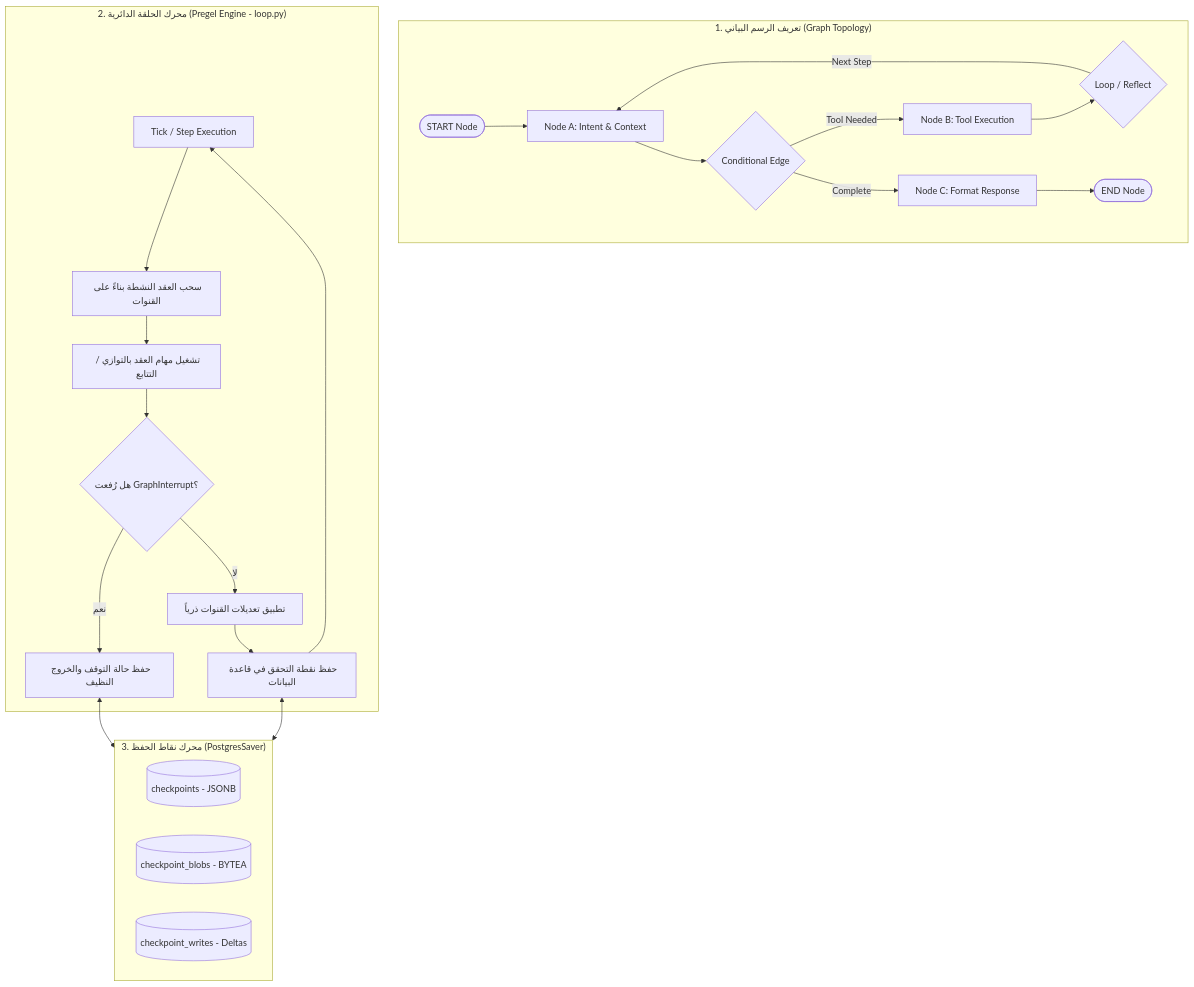
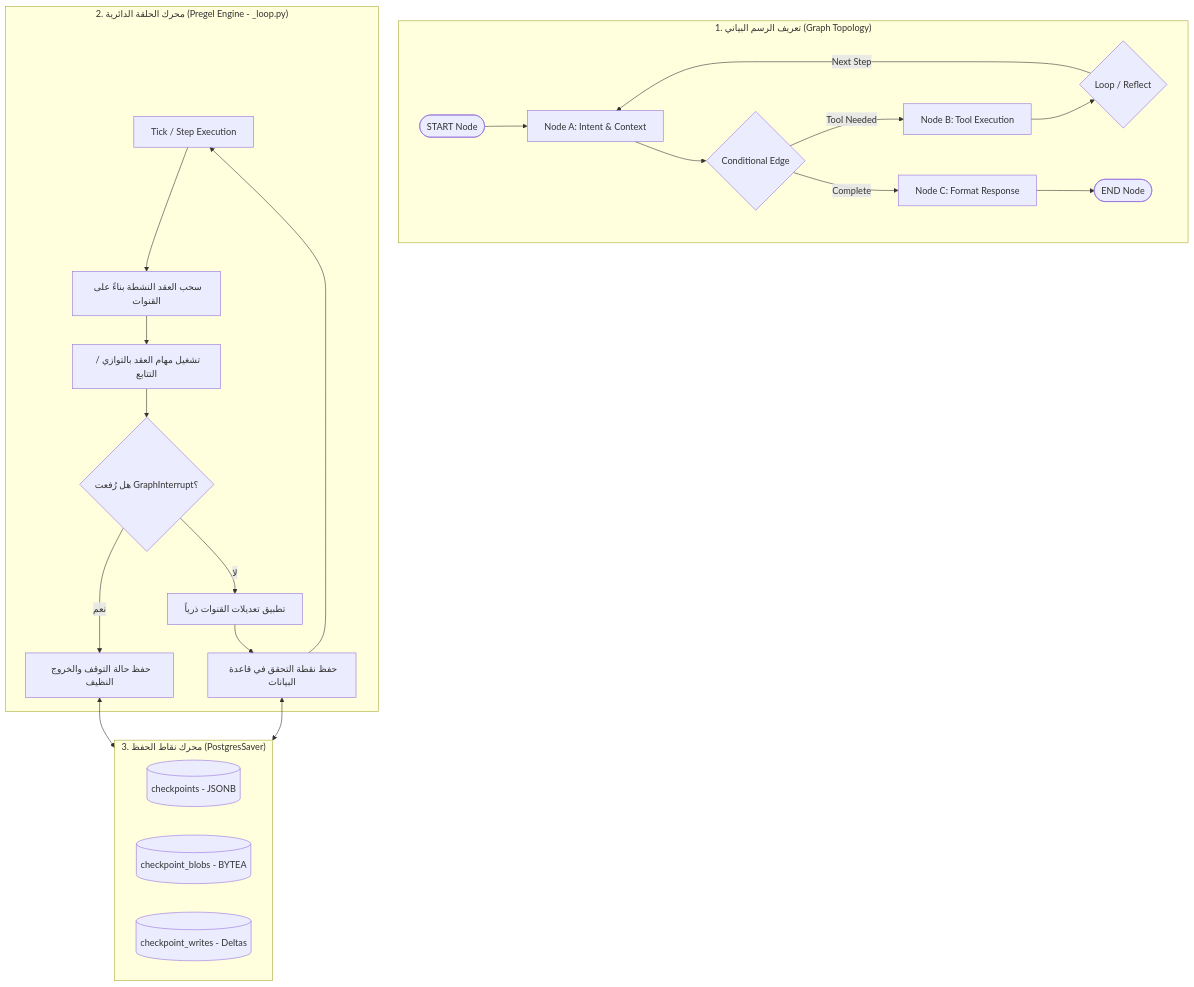
Before and after one commit to QQYC9/ai-employee-platform: the diagram in docs/architecture-research/02_LANGGRAPH_DEEP_DIVE.md, drawn with Mermaid. The commit also changed other lines of this file and 3 other files, not shown here.

Commit message:
docs(research): independent acceptance review and precision corrections across reference architectures

````diff
--- a/docs/architecture-research/02_LANGGRAPH_DEEP_DIVE.md
+++ b/docs/architecture-research/02_LANGGRAPH_DEEP_DIVE.md
@@ -32,31 +32,31 @@
 ```mermaid
 graph TD
     subgraph GraphDefinition ["1. تعريف الرسم البياني (Graph Topology)"]
         START([START Node]) --> NodeA[Node A: Intent & Context]
         NodeA --> EdgeCond{Conditional Edge}
         EdgeCond -- Tool Needed --> NodeB[Node B: Tool Execution]
         EdgeCond -- Complete --> NodeC[Node C: Format Response]
         NodeB --> EdgeLoop{Loop / Reflect}
         EdgeLoop -- Next Step --> NodeA
         NodeC --> END([END Node])
     end
 
-    subgraph PregelLoop ["2. محرك الحلقة الدائرية (Pregel Engine - loop.py)"]
+    subgraph PregelLoop ["2. محرك الحلقة الدائرية (Pregel Engine - _loop.py)"]
         Tick[Tick / Step Execution] --> PullActive[سحب العقد النشطة بناءً على القنوات]
         PullActive --> ExecTask[تشغيل مهام العقد بالتوازي / التتابع]
         ExecTask --> CheckInterrupt{هل رُفعت GraphInterrupt؟}
         CheckInterrupt -- نعم --> PauseSave[حفظ حالة التوقف والخروج النظيف]
         CheckInterrupt -- لا --> CommitUpdates[تطبيق تعديلات القنوات ذرياً]
         CommitUpdates --> CheckpointSave[حفظ نقطة التحقق في قاعدة البيانات]
         CheckpointSave --> Tick
     end
 
     subgraph StorageEngine ["3. محرك نقاط الحفظ (PostgresSaver)"]
         CheckpointsTable[(checkpoints - JSONB)]
         BlobsTable[(checkpoint_blobs - BYTEA)]
         WritesTable[(checkpoint_writes - Deltas)]
     end
 
     CheckpointSave <--> StorageEngine
     PauseSave <--> StorageEngine
 ```
````
